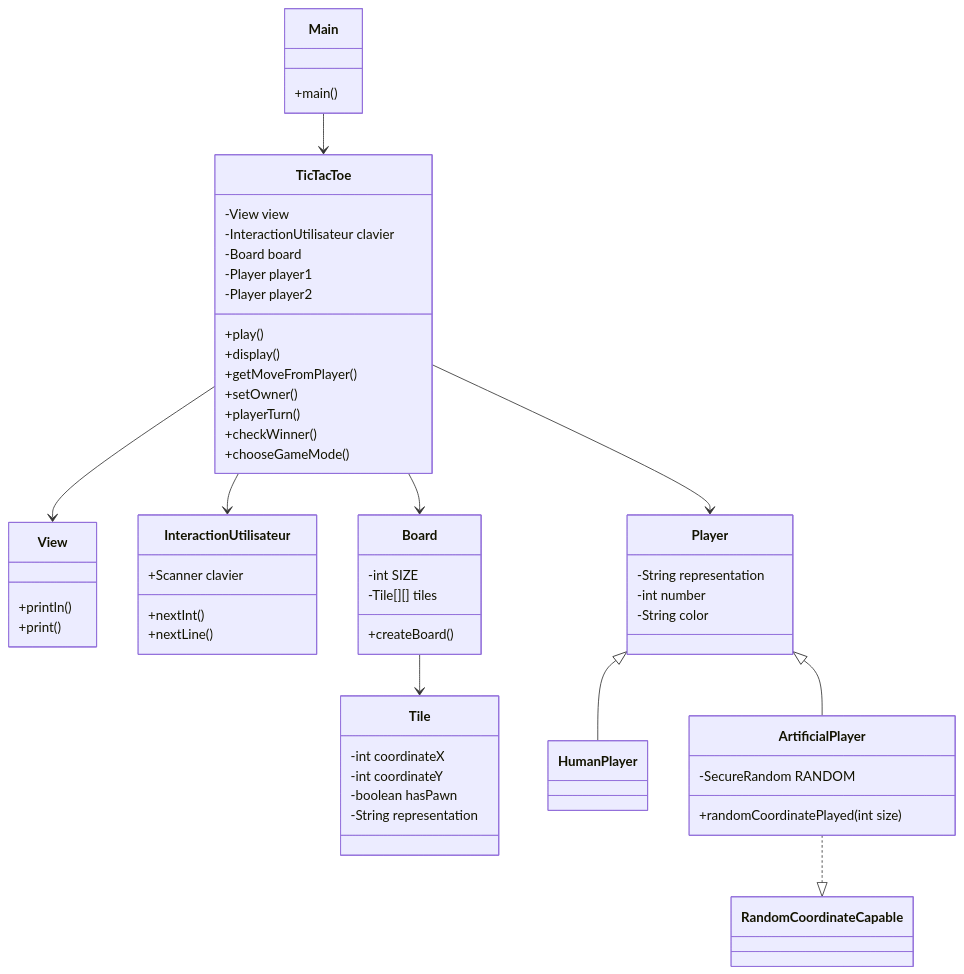
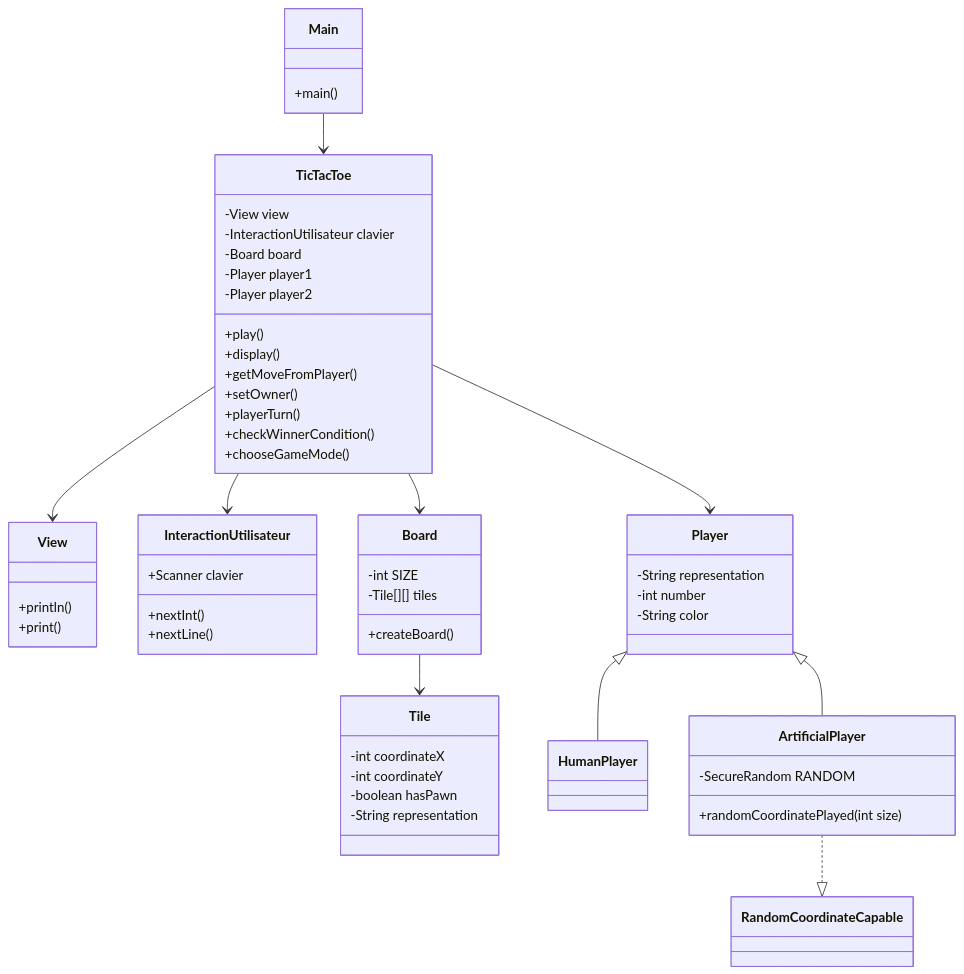
The first of 2 diagrams in README.md (loic-job-dev/TicTacToe), drawn with Mermaid before and after one commit. The commit also changed 1 other file, not shown here.

Commit message:
remove old method checkWinner

````diff
--- a/README.md
+++ b/README.md
@@ -50,68 +50,68 @@
 ```mermaid
 classDiagram
     class Main {
         +main()
     }
     Main --> TicTacToe
 
     class TicTacToe {
         -View view
         -InteractionUtilisateur clavier
         -Board board
         -Player player1
         -Player player2
         +play()
         +display()
         +getMoveFromPlayer()
         +setOwner()
         +playerTurn()
-        +checkWinner()
+        +checkWinnerCondition()
         +chooseGameMode()
     }
     TicTacToe --> View
     TicTacToe --> InteractionUtilisateur
     TicTacToe --> Board
     TicTacToe --> Player
 
     class View {
         +println()
         +print()
     }
 
     class InteractionUtilisateur {
         +Scanner clavier
         +nextInt()
         +nextLine()
     }
 
     class Board {
         -int SIZE
         -Tile[][] tiles
         +createBoard()
     }
     Board --> Tile
 
     class Tile {
         -int coordinateX
         -int coordinateY
         -boolean hasPawn
         -String representation
     }
 
     class Player {
         -String representation
         -int number
         -String color
     }
     Player <|-- HumanPlayer
     Player <|-- ArtificialPlayer
 
     class HumanPlayer {
     }
 
     class ArtificialPlayer {
         -SecureRandom RANDOM
         +randomCoordinatePlayed(int size)
     }
     ArtificialPlayer ..|> RandomCoordinateCapable
 ```
````
